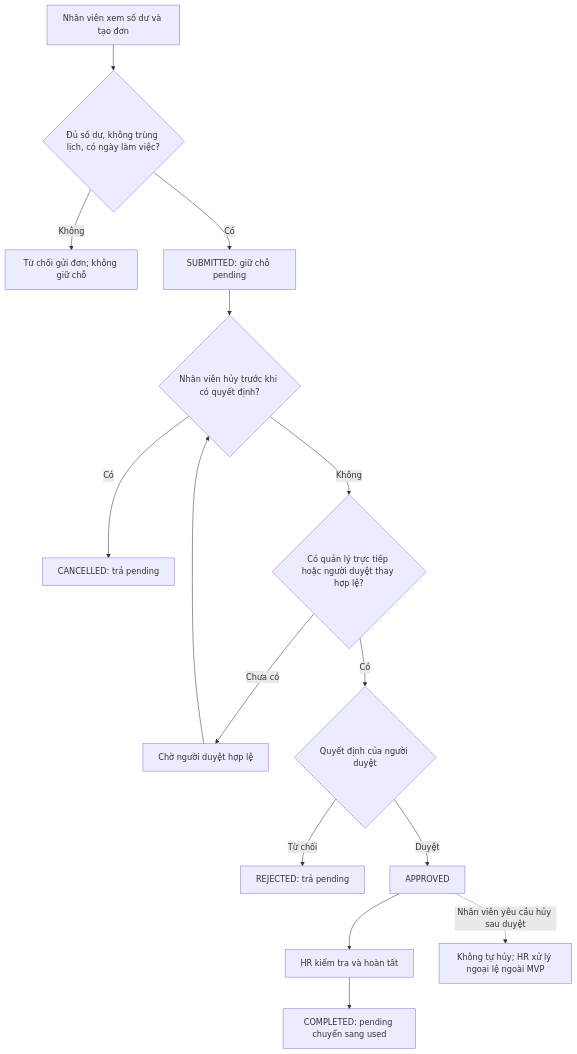
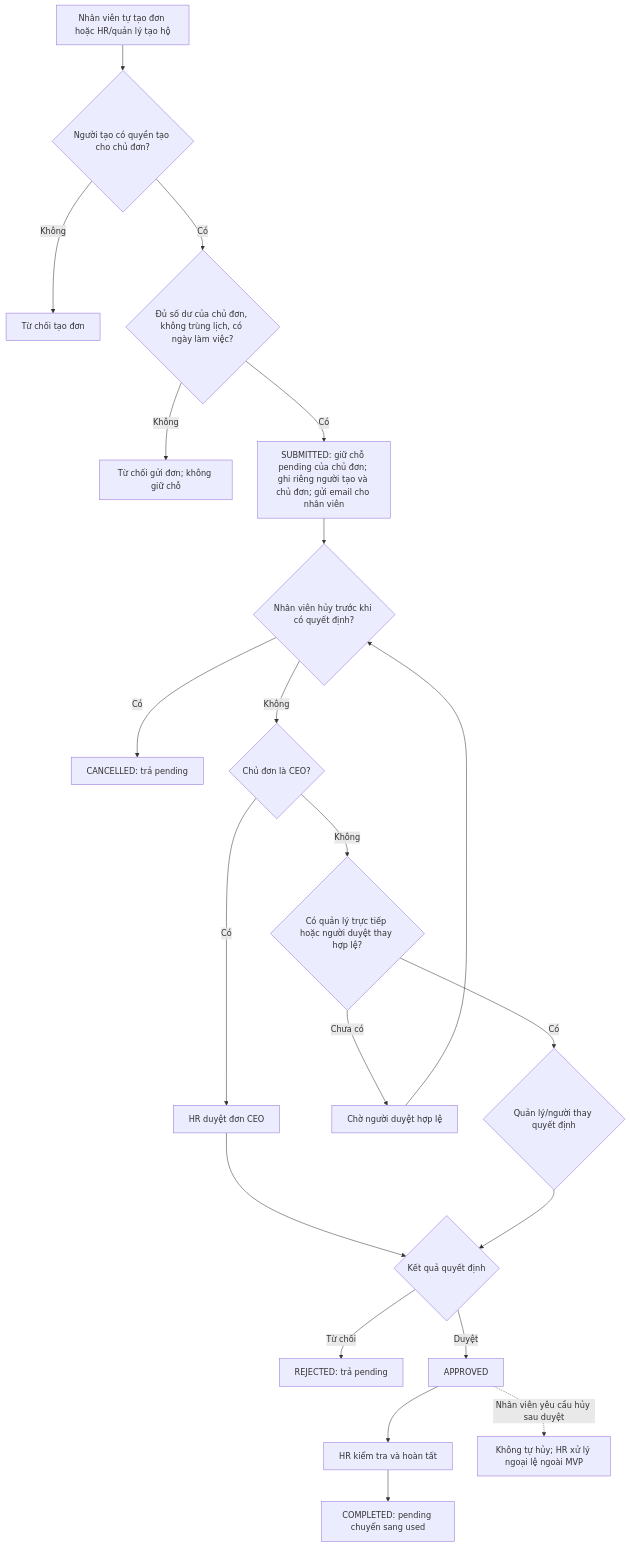
One commit to Acerchicken/HR-Enterprise-Platform changed the diagram in docs/business/leave-rules.md. Above: the diagram before and after it, drawn with Mermaid. The commit also changed other lines of this file and 3 other files, not shown here.

````diff
--- a/docs/business/leave-rules.md
+++ b/docs/business/leave-rules.md
@@ -25,17 +26,23 @@
 ```mermaid
 flowchart TD
-    A[Nhân viên xem số dư và tạo đơn] --> B{Đủ số dư, không trùng lịch, có ngày làm việc?}
-    B -- Không --> X[Từ chối gửi đơn; không giữ chỗ]
-    B -- Có --> C[SUBMITTED: giữ chỗ pending]
+    A[Nhân viên tự tạo đơn hoặc HR/quản lý tạo hộ] --> P{Người tạo có quyền tạo cho chủ đơn?}
+    P -- Không --> X1[Từ chối tạo đơn]
+    P -- Có --> B{Đủ số dư của chủ đơn, không trùng lịch, có ngày làm việc?}
+    B -- Không --> X2[Từ chối gửi đơn; không giữ chỗ]
+    B -- Có --> C[SUBMITTED: giữ chỗ pending của chủ đơn; ghi riêng người tạo và chủ đơn; gửi email cho nhân viên]
     C --> G{Nhân viên hủy trước khi có quyết định?}
-    G -- Có --> H[CANCELLED: trả pending]
-    G -- Không --> D{Có quản lý trực tiếp hoặc người duyệt thay hợp lệ?}
-    D -- Chưa có --> W[Chờ người duyệt hợp lệ]
+    G -- Có --> CXL[CANCELLED: trả pending]
+    G -- Không --> D{Chủ đơn là CEO?}
+    D -- Có --> E[HR duyệt đơn CEO]
+    D -- Không --> F{Có quản lý trực tiếp hoặc người duyệt thay hợp lệ?}
+    F -- Chưa có --> W[Chờ người duyệt hợp lệ]
     W --> G
-    D -- Có --> E{Quyết định của người duyệt}
-    E -- Từ chối --> R[REJECTED: trả pending]
-    E -- Duyệt --> F[APPROVED]
-    F --> I[HR kiểm tra và hoàn tất]
-    I --> J[COMPLETED: pending chuyển sang used]
-    F -. Nhân viên yêu cầu hủy sau duyệt .-> K[Không tự hủy; HR xử lý ngoại lệ ngoài MVP]
+    F -- Có --> MGR{Quản lý/người thay quyết định}
+    E --> I{Kết quả quyết định}
+    MGR --> I
+    I -- Từ chối --> R[REJECTED: trả pending]
+    I -- Duyệt --> J[APPROVED]
+    J --> L[HR kiểm tra và hoàn tất]
+    L --> M[COMPLETED: pending chuyển sang used]
+    J -. Nhân viên yêu cầu hủy sau duyệt .-> K[Không tự hủy; HR xử lý ngoại lệ ngoài MVP]
 ```
````
